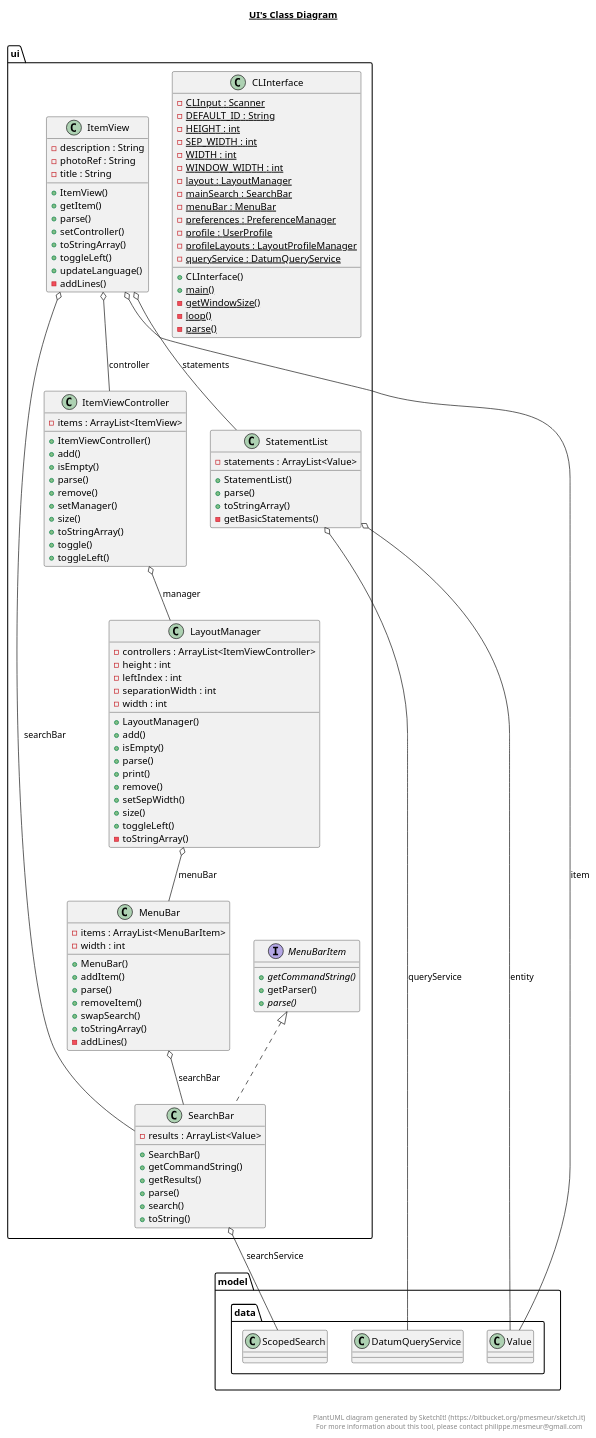
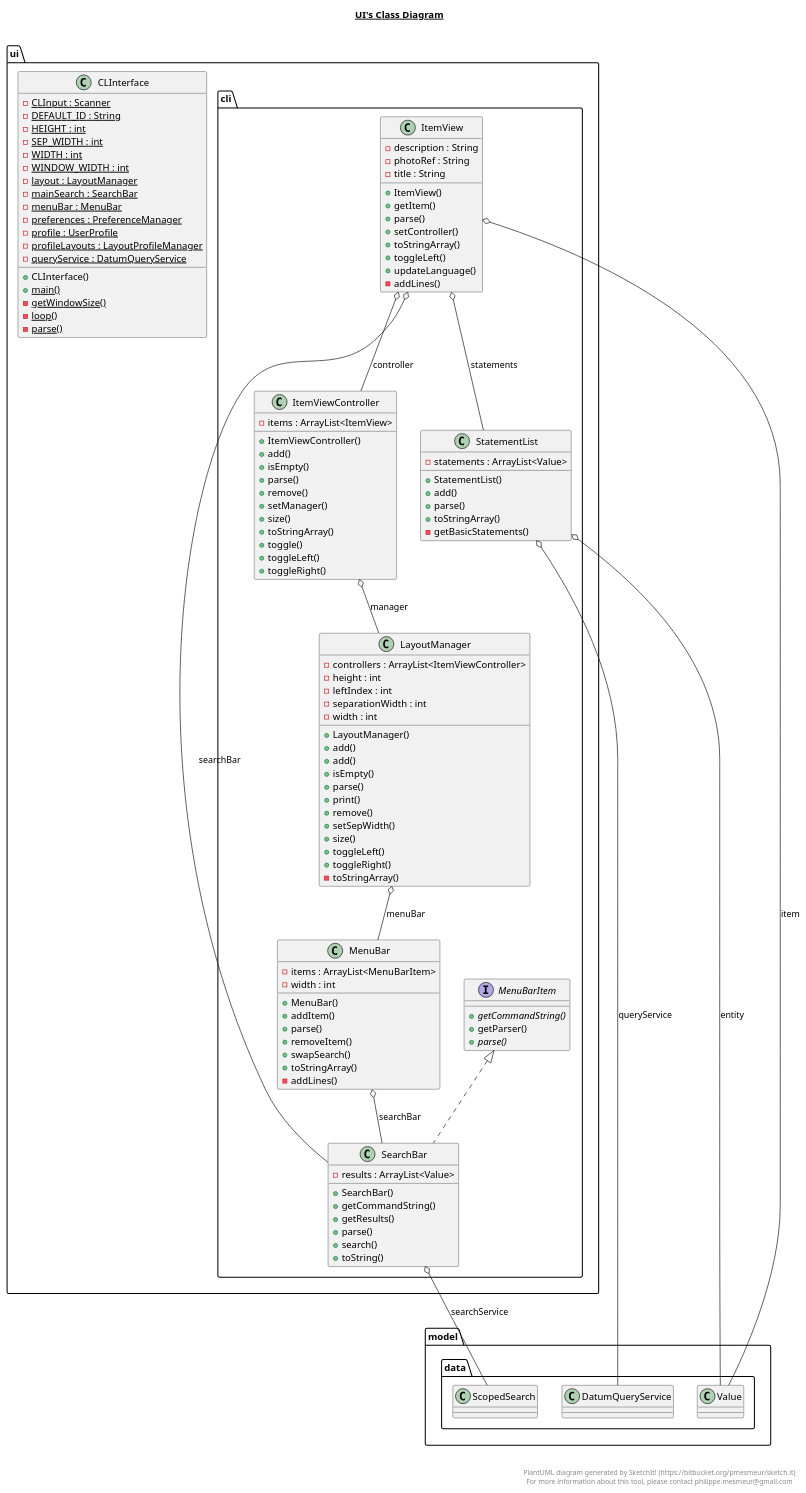
The diagram in out/production/Project-Starter/ui/ui.plantuml (Bryce-MW/WikidataExplorer), drawn with PlantUML before and after one commit. The commit also changed 45 other files, not shown here.

```diff
--- a/out/production/Project-Starter/ui/ui.plantuml
+++ b/out/production/Project-Starter/ui/ui.plantuml
@@ -1,152 +1,156 @@
 @startuml
 
 title __UI's Class Diagram__\n
 
   namespace ui {
     class ui.CLInterface {
         {static} - CLInput : Scanner
         {static} - DEFAULT_ID : String
         {static} - HEIGHT : int
         {static} - SEP_WIDTH : int
         {static} - WIDTH : int
         {static} - WINDOW_WIDTH : int
         {static} - layout : LayoutManager
         {static} - mainSearch : SearchBar
         {static} - menuBar : MenuBar
         {static} - preferences : PreferenceManager
         {static} - profile : UserProfile
         {static} - profileLayouts : LayoutProfileManager
         {static} - queryService : DatumQueryService
         + CLInterface()
         {static} + main()
         {static} - getWindowSize()
         {static} - loop()
         {static} - parse()
     }
   }
   
 
   namespace ui {
-    class ui.ItemView {
+    class ui.cli.ItemView {
         - description : String
         - photoRef : String
         - title : String
         + ItemView()
         + getItem()
         + parse()
         + setController()
         + toStringArray()
         + toggleLeft()
         + updateLanguage()
         - addLines()
     }
   }
   
 
   namespace ui {
-    class ui.ItemViewController {
+    class ui.cli.ItemViewController {
         - items : ArrayList<ItemView>
         + ItemViewController()
         + add()
         + isEmpty()
         + parse()
         + remove()
         + setManager()
         + size()
         + toStringArray()
         + toggle()
         + toggleLeft()
+        + toggleRight()
     }
   }
   
 
   namespace ui {
-    class ui.LayoutManager {
+    class ui.cli.LayoutManager {
         - controllers : ArrayList<ItemViewController>
         - height : int
         - leftIndex : int
         - separationWidth : int
         - width : int
         + LayoutManager()
+        + add()
         + add()
         + isEmpty()
         + parse()
         + print()
         + remove()
         + setSepWidth()
         + size()
         + toggleLeft()
+        + toggleRight()
         - toStringArray()
     }
   }
   
 
   namespace ui {
-    class ui.MenuBar {
+    class ui.cli.MenuBar {
         - items : ArrayList<MenuBarItem>
         - width : int
         + MenuBar()
         + addItem()
         + parse()
         + removeItem()
         + swapSearch()
         + toStringArray()
         - addLines()
     }
   }
   
 
   namespace ui {
-    interface ui.MenuBarItem {
+    interface ui.cli.MenuBarItem {
         {abstract} + getCommandString()
         + getParser()
         {abstract} + parse()
     }
   }
   
 
   namespace ui {
-    class ui.SearchBar {
+    class ui.cli.SearchBar {
         - results : ArrayList<Value>
         + SearchBar()
         + getCommandString()
         + getResults()
         + parse()
         + search()
         + toString()
     }
   }
   
 
   namespace ui {
-    class ui.StatementList {
+    class ui.cli.StatementList {
         - statements : ArrayList<Value>
         + StatementList()
+        + add()
         + parse()
         + toStringArray()
         - getBasicStatements()
     }
   }
   
 
-  ui.ItemView o-- ui.ItemViewController : controller
-  ui.ItemView o-- model.data.Value : item
-  ui.ItemView o-- ui.SearchBar : searchBar
-  ui.ItemView o-- ui.StatementList : statements
-  ui.ItemViewController o-- ui.LayoutManager : manager
-  ui.LayoutManager o-- ui.MenuBar : menuBar
-  ui.MenuBar o-- ui.SearchBar : searchBar
-  ui.SearchBar .up.|> ui.MenuBarItem
-  ui.SearchBar o-- model.data.ScopedSearch : searchService
-  ui.StatementList o-- model.data.Value : entity
-  ui.StatementList o-- model.data.DatumQueryService : queryService
+  ui.cli.ItemView o-- ui.cli.ItemViewController : controller
+  ui.cli.ItemView o-- model.data.Value : item
+  ui.cli.ItemView o-- ui.cli.SearchBar : searchBar
+  ui.cli.ItemView o-- ui.cli.StatementList : statements
+  ui.cli.ItemViewController o-- ui.cli.LayoutManager : manager
+  ui.cli.LayoutManager o-- ui.cli.MenuBar : menuBar
+  ui.cli.MenuBar o-- ui.cli.SearchBar : searchBar
+  ui.cli.SearchBar .up.|> ui.cli.MenuBarItem
+  ui.cli.SearchBar o-- model.data.ScopedSearch : searchService
+  ui.cli.StatementList o-- model.data.Value : entity
+  ui.cli.StatementList o-- model.data.DatumQueryService : queryService
 
 
 right footer
 
 
 PlantUML diagram generated by SketchIt! (https://bitbucket.org/pmesmeur/sketch.it)
 For more information about this tool, please contact philippe.mesmeur@gmail.com
 endfooter
 
 @enduml
```
